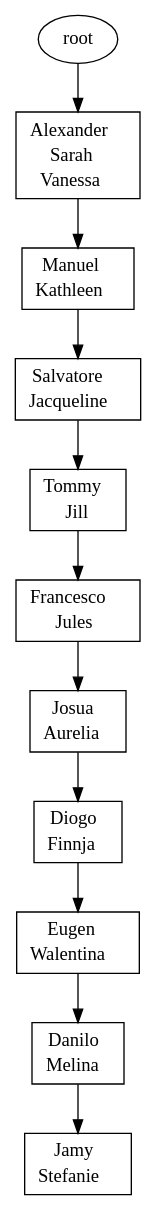
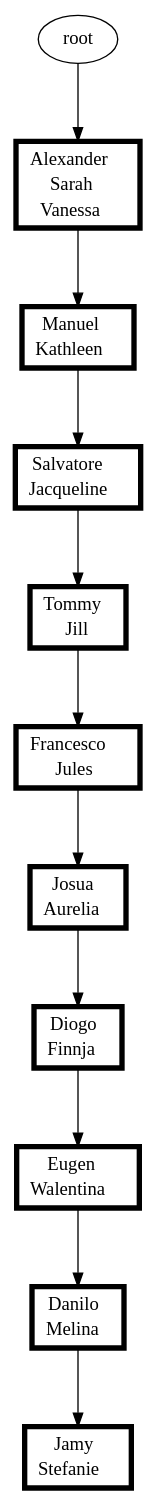
Before and after one commit to atticus-sullivan/sim-ayto: the diagram in s01r/s01r.dot, drawn with Graphviz. The commit also changed 37 other files, not shown here.

```diff
--- a/s01r/s01r.dot
+++ b/s01r/s01r.dot
@@ -1,22 +1,23 @@
 digraph D {
-{"root|1|7,11"[shape="record" label=<<table border="0" cellborder="0" cellspacing="0"><tr><td>Alexander</td></tr><tr><td>Sarah</td></tr><tr><td>Vanessa</td></tr></table>>]}
+ranksep=0.8;
+{"root|1|7,11|6|5"[shape="record" penwidth=4.0 color="black" label=<<table border="0" cellborder="0" cellspacing="0"><tr><td>Manuel</td></tr><tr><td>Kathleen</td></tr></table>>]}
+"root|1|7,11" -> {"root|1|7,11|6|5"}
+{"root|1|7,11|6|5|7|3|8|4"[shape="record" penwidth=4.0 color="black" label=<<table border="0" cellborder="0" cellspacing="0"><tr><td>Tommy</td></tr><tr><td>Jill</td></tr></table>>]}
+"root|1|7,11|6|5|7|3" -> {"root|1|7,11|6|5|7|3|8|4"}
+{"root|1|7,11|6|5|7|3|8|4|9|10|5|1|3|2|4|9|2|6"[shape="record" penwidth=4.0 color="black" label=<<table border="0" cellborder="0" cellspacing="0"><tr><td>Danilo</td></tr><tr><td>Melina</td></tr></table>>]}
+"root|1|7,11|6|5|7|3|8|4|9|10|5|1|3|2|4|9" -> {"root|1|7,11|6|5|7|3|8|4|9|10|5|1|3|2|4|9|2|6"}
+{"root|1|7,11|6|5|7|3|8|4|9|10|5|1|3|2|4|9"[shape="record" penwidth=4.0 color="black" label=<<table border="0" cellborder="0" cellspacing="0"><tr><td>Eugen</td></tr><tr><td>Walentina</td></tr></table>>]}
+"root|1|7,11|6|5|7|3|8|4|9|10|5|1|3|2" -> {"root|1|7,11|6|5|7|3|8|4|9|10|5|1|3|2|4|9"}
+{"root|1|7,11|6|5|7|3|8|4|9|10"[shape="record" penwidth=4.0 color="black" label=<<table border="0" cellborder="0" cellspacing="0"><tr><td>Francesco</td></tr><tr><td>Jules</td></tr></table>>]}
+"root|1|7,11|6|5|7|3|8|4" -> {"root|1|7,11|6|5|7|3|8|4|9|10"}
+{"root|1|7,11|6|5|7|3|8|4|9|10|5|1"[shape="record" penwidth=4.0 color="black" label=<<table border="0" cellborder="0" cellspacing="0"><tr><td>Josua</td></tr><tr><td>Aurelia</td></tr></table>>]}
+"root|1|7,11|6|5|7|3|8|4|9|10" -> {"root|1|7,11|6|5|7|3|8|4|9|10|5|1"}
+{"root|1|7,11|6|5|7|3"[shape="record" penwidth=4.0 color="black" label=<<table border="0" cellborder="0" cellspacing="0"><tr><td>Salvatore</td></tr><tr><td>Jacqueline</td></tr></table>>]}
+"root|1|7,11|6|5" -> {"root|1|7,11|6|5|7|3"}
+{"root|1|7,11"[shape="record" penwidth=4.0 color="black" label=<<table border="0" cellborder="0" cellspacing="0"><tr><td>Alexander</td></tr><tr><td>Sarah</td></tr><tr><td>Vanessa</td></tr></table>>]}
 "root" -> {"root|1|7,11"}
-{"root|1|7,11|6|5|7|3|8|4|9|10|5|1"[shape="record" label=<<table border="0" cellborder="0" cellspacing="0"><tr><td>Josua</td></tr><tr><td>Aurelia</td></tr></table>>]}
-"root|1|7,11|6|5|7|3|8|4|9|10" -> {"root|1|7,11|6|5|7|3|8|4|9|10|5|1"}
-{"root|1|7,11|6|5|7|3|8|4|9|10|5|1|3|2"[shape="record" label=<<table border="0" cellborder="0" cellspacing="0"><tr><td>Diogo</td></tr><tr><td>Finnja</td></tr></table>>]}
+{"root|1|7,11|6|5|7|3|8|4|9|10|5|1|3|2|4|9|2|6|10|8"[shape="record" penwidth=4.0 color="black" label=<<table border="0" cellborder="0" cellspacing="0"><tr><td>Jamy</td></tr><tr><td>Stefanie</td></tr></table>>]}
+"root|1|7,11|6|5|7|3|8|4|9|10|5|1|3|2|4|9|2|6" -> {"root|1|7,11|6|5|7|3|8|4|9|10|5|1|3|2|4|9|2|6|10|8"}
+{"root|1|7,11|6|5|7|3|8|4|9|10|5|1|3|2"[shape="record" penwidth=4.0 color="black" label=<<table border="0" cellborder="0" cellspacing="0"><tr><td>Diogo</td></tr><tr><td>Finnja</td></tr></table>>]}
 "root|1|7,11|6|5|7|3|8|4|9|10|5|1" -> {"root|1|7,11|6|5|7|3|8|4|9|10|5|1|3|2"}
-{"root|1|7,11|6|5|7|3|8|4|9|10|5|1|3|2|4|9|2|6|10|8"[shape="record" label=<<table border="0" cellborder="0" cellspacing="0"><tr><td>Jamy</td></tr><tr><td>Stefanie</td></tr></table>>]}
-"root|1|7,11|6|5|7|3|8|4|9|10|5|1|3|2|4|9|2|6" -> {"root|1|7,11|6|5|7|3|8|4|9|10|5|1|3|2|4|9|2|6|10|8"}
-{"root|1|7,11|6|5|7|3|8|4|9|10|5|1|3|2|4|9|2|6"[shape="record" label=<<table border="0" cellborder="0" cellspacing="0"><tr><td>Danilo</td></tr><tr><td>Melina</td></tr></table>>]}
-"root|1|7,11|6|5|7|3|8|4|9|10|5|1|3|2|4|9" -> {"root|1|7,11|6|5|7|3|8|4|9|10|5|1|3|2|4|9|2|6"}
-{"root|1|7,11|6|5|7|3|8|4|9|10|5|1|3|2|4|9"[shape="record" label=<<table border="0" cellborder="0" cellspacing="0"><tr><td>Eugen</td></tr><tr><td>Walentina</td></tr></table>>]}
-"root|1|7,11|6|5|7|3|8|4|9|10|5|1|3|2" -> {"root|1|7,11|6|5|7|3|8|4|9|10|5|1|3|2|4|9"}
-{"root|1|7,11|6|5"[shape="record" label=<<table border="0" cellborder="0" cellspacing="0"><tr><td>Manuel</td></tr><tr><td>Kathleen</td></tr></table>>]}
-"root|1|7,11" -> {"root|1|7,11|6|5"}
-{"root|1|7,11|6|5|7|3|8|4|9|10"[shape="record" label=<<table border="0" cellborder="0" cellspacing="0"><tr><td>Francesco</td></tr><tr><td>Jules</td></tr></table>>]}
-"root|1|7,11|6|5|7|3|8|4" -> {"root|1|7,11|6|5|7|3|8|4|9|10"}
-{"root|1|7,11|6|5|7|3"[shape="record" label=<<table border="0" cellborder="0" cellspacing="0"><tr><td>Salvatore</td></tr><tr><td>Jacqueline</td></tr></table>>]}
-"root|1|7,11|6|5" -> {"root|1|7,11|6|5|7|3"}
-{"root|1|7,11|6|5|7|3|8|4"[shape="record" label=<<table border="0" cellborder="0" cellspacing="0"><tr><td>Tommy</td></tr><tr><td>Jill</td></tr></table>>]}
-"root|1|7,11|6|5|7|3" -> {"root|1|7,11|6|5|7|3|8|4"}
 }
```
